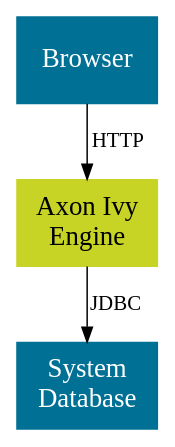
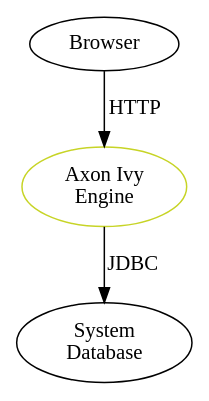
The diagram in source/engine-guide/getting-started/overview.dot (bernhardAxonIvy/doc), drawn with Graphviz before and after one commit. The commit also changed 10 other files, not shown here.

Commit message:
Move gneric graphizv definitions to build container

```diff
--- a/source/engine-guide/getting-started/overview.dot
+++ b/source/engine-guide/getting-started/overview.dot
@@ -1,19 +1,9 @@
 
 digraph overview {
-  node [
-    shape=box, 
-    style=filled,
-    margin=0 width=2 height=0.8
-    fontcolor="white",    
-    color="#007095",
-    fixedsize=true,
-    fontsize=18
-  ];
-
-  browser [ label="Browser", pos = "0,2.5!", width="1.3" height="0.8"];
-  engine [label="Axon Ivy\nEngine", pos="3,2.5!", height="0.8", width="1.3", color="#C7D426", fontcolor="black"];
-  systemdb [ label="System\nDatabase", pos="6,2.5!" width="1.3" height="0.8"]
+  browser [ label="Browser", pos = "0,2.5!", width="1.3"];
+  engine [label="Axon Ivy\nEngine", pos="3,2.5!", width="1.3", color="#C7D426", fontcolor="black"];
+  systemdb [ label="System\nDatabase", pos="6,2.5!" width="1.3"]
   
   browser -> engine [ label="HTTP"];
   engine -> systemdb [ label="JDBC" ];
 }
```
